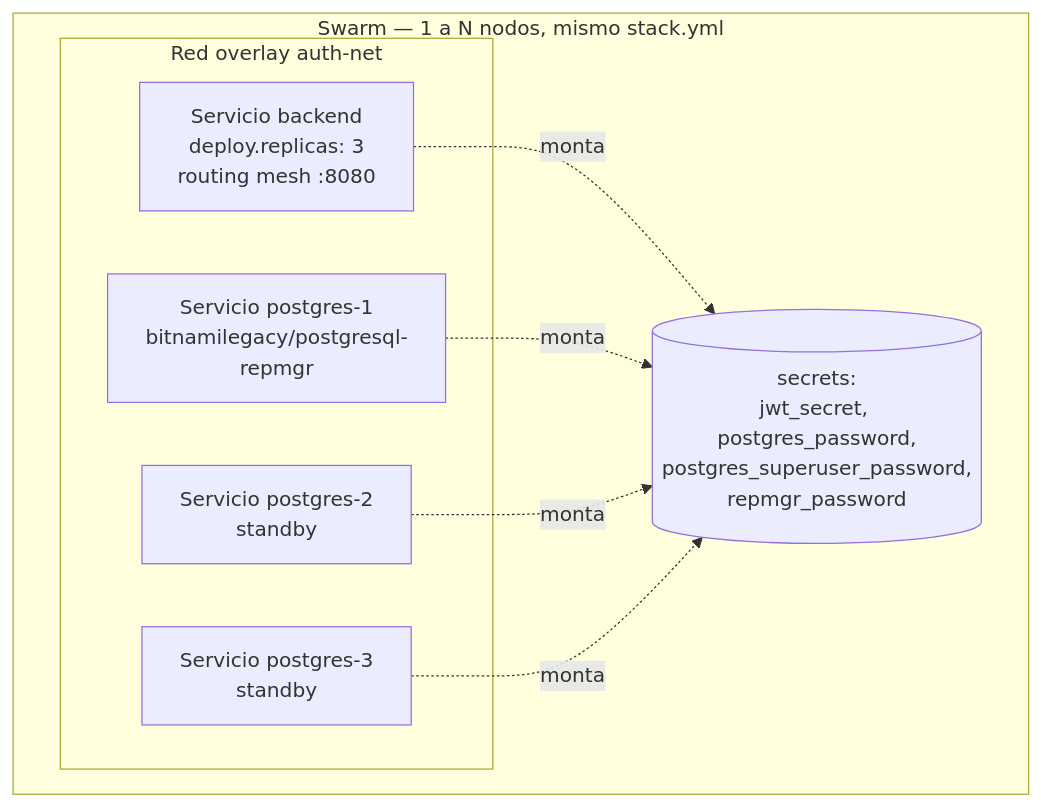
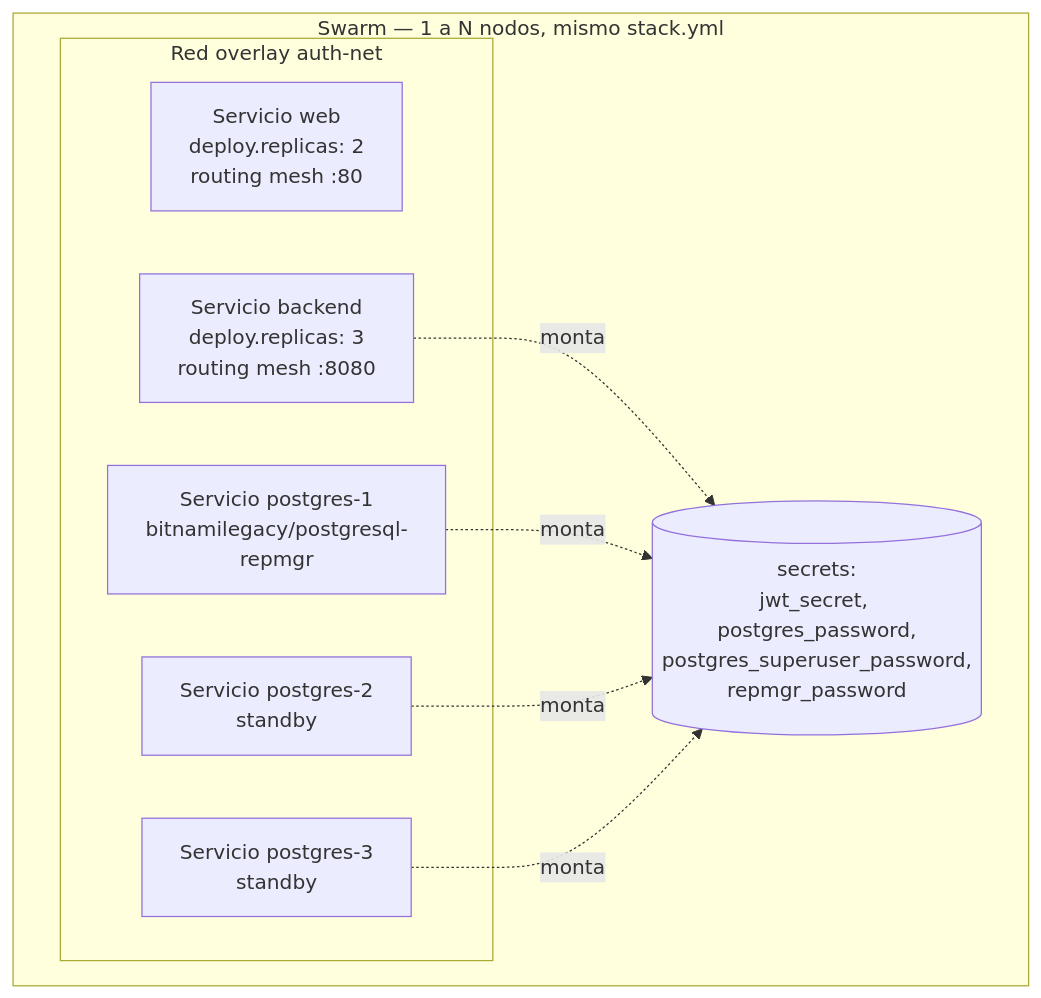
The fourth of 8 diagrams in backend/docs/documentacion-arquitectura.md (andreMD287/Taller1-ArquiSW), drawn with Mermaid before and after one commit. The commit also changed other lines of this file and 4 other files, not shown here.

````diff
--- a/backend/docs/documentacion-arquitectura.md
+++ b/backend/docs/documentacion-arquitectura.md
@@ -431,16 +461,17 @@
 ```mermaid
 graph TB
     subgraph swarm["Swarm — 1 a N nodos, mismo stack.yml"]
         subgraph net["Red overlay auth-net"]
+            WS["Servicio web<br/>deploy.replicas: 2<br/>routing mesh :80"]
             BS["Servicio backend<br/>deploy.replicas: 3<br/>routing mesh :8080"]
             PS1["Servicio postgres-1<br/>bitnamilegacy/postgresql-repmgr"]
             PS2["Servicio postgres-2<br/>standby"]
             PS3["Servicio postgres-3<br/>standby"]
         end
         SEC[("secrets:<br/>jwt_secret, postgres_password,<br/>postgres_superuser_password,<br/>repmgr_password")]
     end
     BS -.->|monta| SEC
     PS1 -.->|monta| SEC
     PS2 -.->|monta| SEC
     PS3 -.->|monta| SEC
 ```
````
